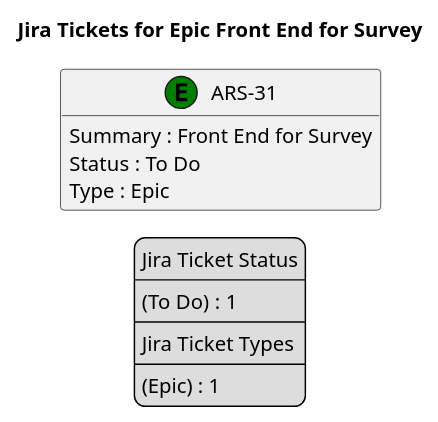
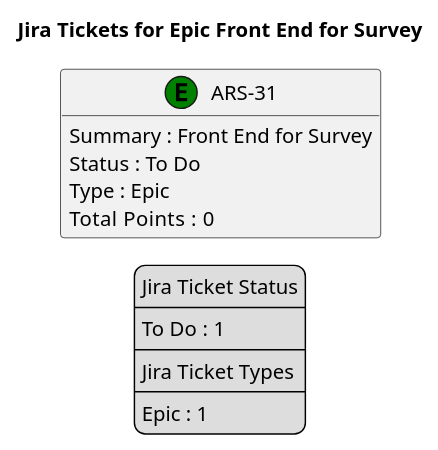
One commit to brunasti/jiraplotter changed the diagram in docs/nexus/jira-Epic-Front_End_for_Survey.puml. Above: the diagram before and after it, drawn with PlantUML. The commit also changed 22 other files, not shown here.

Commit message:
Computes total points in hierarchy

```diff
--- a/docs/nexus/jira-Epic-Front_End_for_Survey.puml
+++ b/docs/nexus/jira-Epic-Front_End_for_Survey.puml
@@ -1,36 +1,37 @@
 @startuml
 'https://plantuml.com/class-diagram
 
 ' GENERATE CLASS DIAGRAM ===========
-' Generated at    : Tue May 14 15:46:32 CEST 2024
+' Generated at    : Thu May 16 15:52:42 CEST 2024
 
 title Jira Tickets for Epic Front End for Survey
 hide empty members
 
 legend
 Jira Ticket Status
 ----
-(To Do) : 1
+To Do : 1
 ----
 Jira Ticket Types
 ----
-(Epic) : 1
+Epic : 1
 end legend
 
 
 ' Tickets =======
 class "ARS-31" << (E,green) >> {
-  Summary : Front End for Survey
-  Status : To Do
-  Type : Epic
+ Summary : Front End for Survey
+ Status : To Do
+ Type : Epic
+Total  Points : 0
 }
 
 
 
 ' Links =======
 
 ' Parents =======
 
 
 
 @enduml
```
